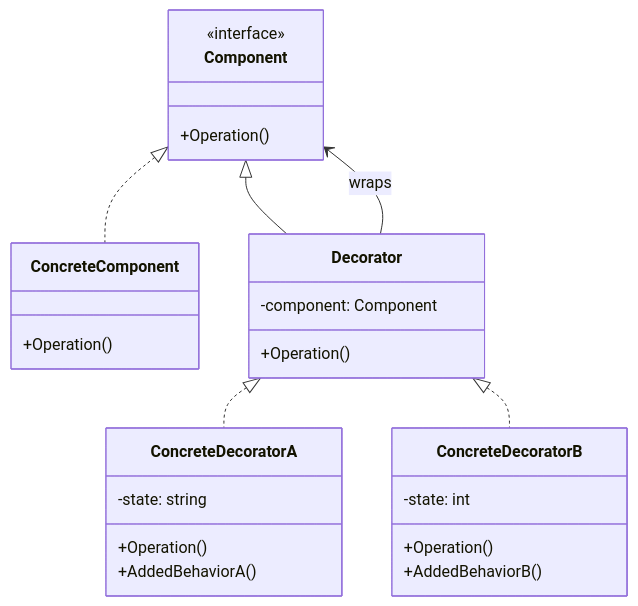
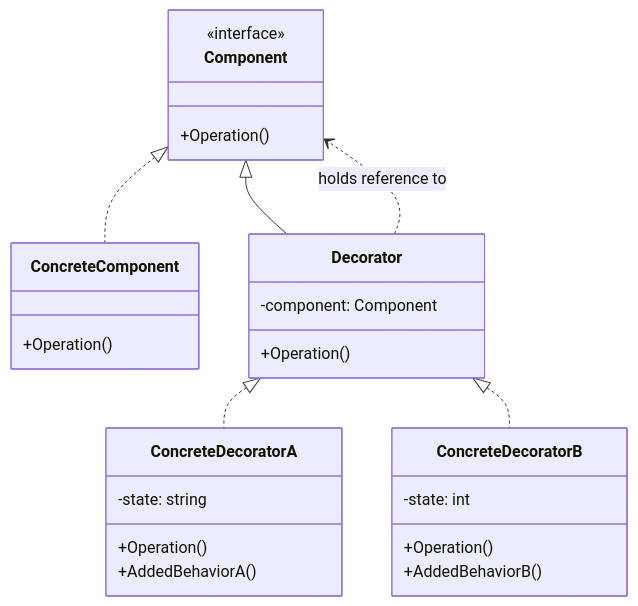
Before and after one commit to Kameleon008/KK.DesignPatterns: the diagram in KK.DesignPattern.Decorator/DesignPattern.Decorator.md, drawn with Mermaid. The commit also changed 6 other files, not shown here.

````diff
--- a/KK.DesignPattern.Decorator/DesignPattern.Decorator.md
+++ b/KK.DesignPattern.Decorator/DesignPattern.Decorator.md
@@ -31,36 +31,36 @@
 ```mermaid
 classDiagram
     direction TB
     
     class Component {
         <<interface>>
         +Operation()
     }
     
     class ConcreteComponent {
         +Operation()
     }
     
     class Decorator {
         -component: Component
         +Operation()
     }
     
     class ConcreteDecoratorA {
         -state: string
         +Operation()
         +AddedBehaviorA()
     }
     
     class ConcreteDecoratorB {
         -state: int
         +Operation()
         +AddedBehaviorB()
     }
     
     Component <|.. ConcreteComponent
     Component <|-- Decorator
-    Decorator --> Component : wraps
+    Decorator ..> Component : holds reference to
     Decorator <|.. ConcreteDecoratorA
     Decorator <|.. ConcreteDecoratorB
 ```
````
